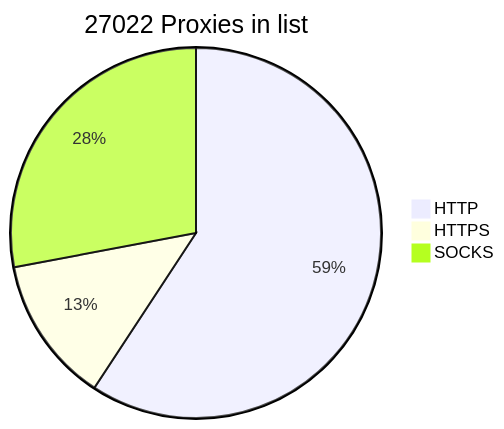
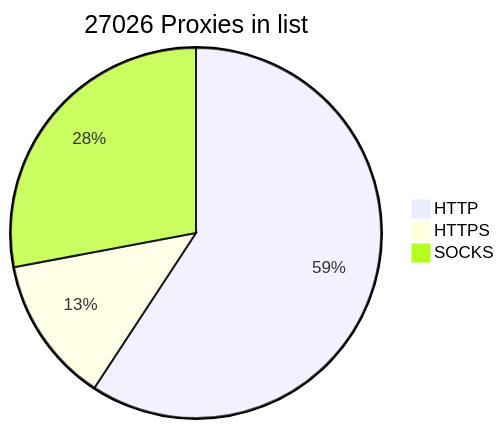
One commit to BlackSnowDot/proxylist-update-every-minute changed the diagram in README.md. Above: the diagram before and after it, drawn with Mermaid.

````diff
--- a/README.md
+++ b/README.md
@@ -2,6 +2,6 @@
 ```mermaid
-pie title 27022 Proxies in list
-    "HTTP" : 17620
-    "HTTPS": 3805
+pie title 27026 Proxies in list
+    "HTTP" : 17623
+    "HTTPS": 3810
     "SOCKS" : 8317
 ```
````
